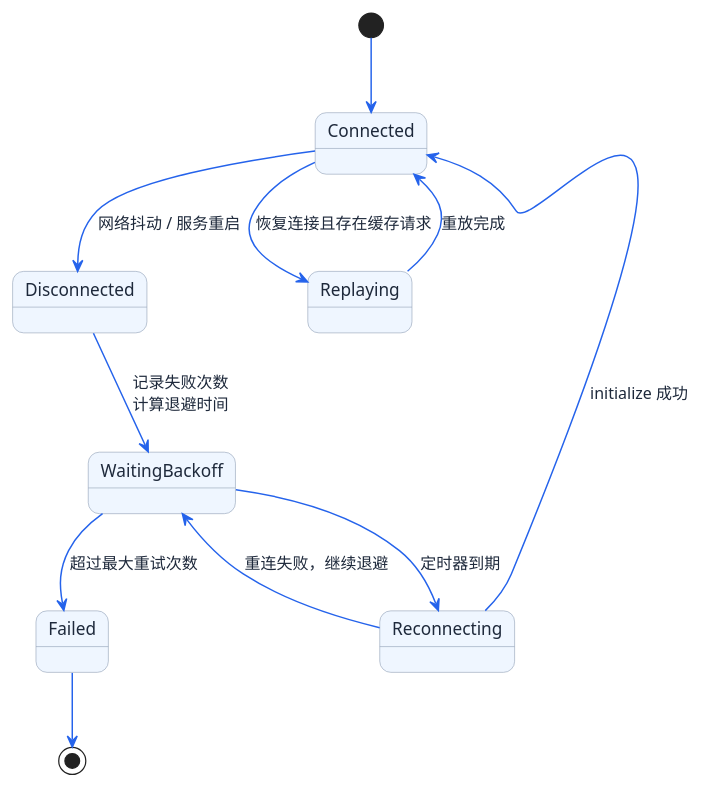
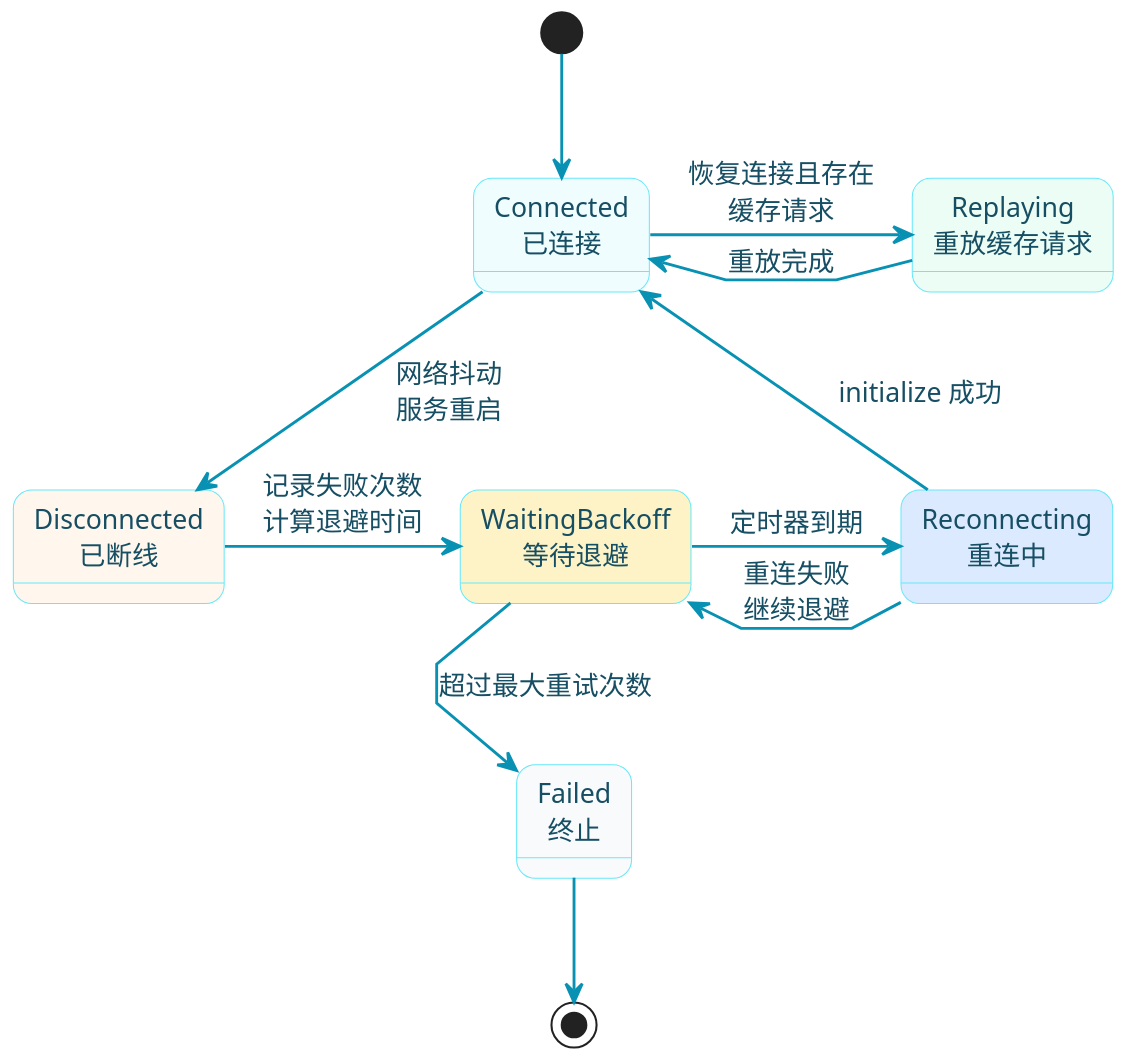
One commit to shining-stars-l/javaup changed the second of 3 diagrams in docs/55-超级智能体/25-MCP详细解析/08-MCP企业级开发进阶技巧.md. Above: the diagram before and after it, drawn with PlantUML.

Commit message:
修复流程图显示

````diff
--- a/docs/55-超级智能体/25-MCP详细解析/08-MCP企业级开发进阶技巧.md
+++ b/docs/55-超级智能体/25-MCP详细解析/08-MCP企业级开发进阶技巧.md
@@ -336,25 +336,41 @@
 ```plantuml title="SSE 重连状态机" width="100%" align="left"
 @startuml
 skinparam backgroundColor transparent
 skinparam shadowing false
-skinparam defaultFontColor #1E293B
-skinparam ArrowColor #2563EB
-skinparam ArrowThickness 1.2
-skinparam stateBorderColor #94A3B8
-skinparam stateBackgroundColor #EFF6FF
-skinparam stateFontColor #1E293B
+skinparam dpi 160
+skinparam linetype polyline
+skinparam defaultFontName "Microsoft YaHei"
+skinparam defaultFontSize 13
+skinparam defaultFontColor #164E63
+skinparam ArrowColor #0891B2
+skinparam ArrowThickness 1.4
+skinparam stateBorderColor #67E8F9
+skinparam stateBackgroundColor #ECFEFF
+skinparam stateFontColor #164E63
 skinparam RoundCorner 18
+
+state "Connected\n已连接" as Connected #F0FDFF
+state "Disconnected\n已断线" as Disconnected #FFF7ED
+state "WaitingBackoff\n等待退避" as WaitingBackoff #FEF3C7
+state "Reconnecting\n重连中" as Reconnecting #DBEAFE
+state "Replaying\n重放缓存请求" as Replaying #ECFDF5
+state "Failed\n终止" as Failed #F8FAFC
 
 [*] --> Connected
 
-Connected --> Disconnected : 网络抖动 / 服务重启
-Disconnected --> WaitingBackoff : 记录失败次数\n计算退避时间
-WaitingBackoff --> Reconnecting : 定时器到期
-Reconnecting --> Connected : initialize 成功
-Reconnecting --> WaitingBackoff : 重连失败，继续退避
-Connected --> Replaying : 恢复连接且存在缓存请求
-Replaying --> Connected : 重放完成
-WaitingBackoff --> Failed : 超过最大重试次数
+Connected -down-> Disconnected : 网络抖动\n服务重启
+Disconnected -right-> WaitingBackoff : 记录失败次数\n计算退避时间
+WaitingBackoff -right-> Reconnecting : 定时器到期
+Reconnecting -up-> Connected : initialize 成功
+Reconnecting -left-> WaitingBackoff : 重连失败\n继续退避
+Connected -right-> Replaying : 恢复连接且存在\n缓存请求
+Replaying -left-> Connected : 重放完成
+WaitingBackoff -down-> Failed : 超过最大重试次数
 Failed --> [*]
+
+Connected -[hidden]right-> Replaying
+Disconnected -[hidden]right-> WaitingBackoff
+WaitingBackoff -[hidden]right-> Reconnecting
+WaitingBackoff -[hidden]down-> Failed
 @enduml
 ```
````
